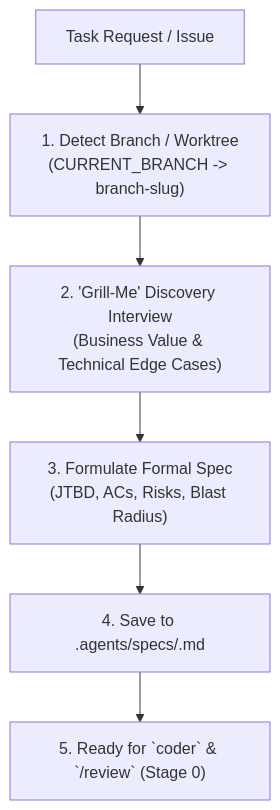
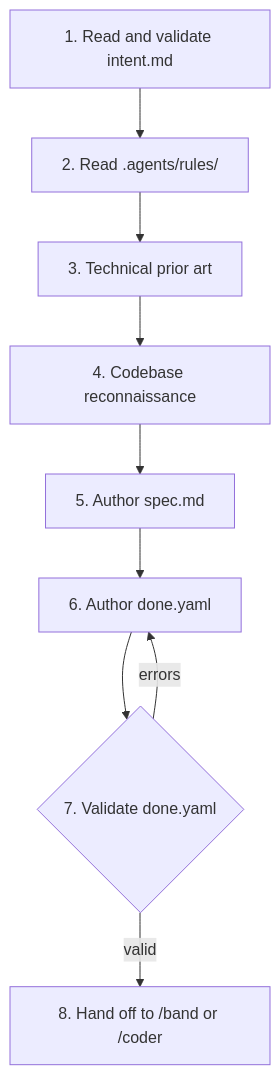
The diagram in .agents/skills/spec/SKILL.md (jiva-studio/shruti), drawn with Mermaid before and after one commit. The commit also changed other lines of this file and 5 other files, not shown here.

First line of the commit message:
feat(agents): adopt band's intent/spec/band/coder workflow and task artifacts

````diff
--- a/.agents/skills/spec/SKILL.md
+++ b/.agents/skills/spec/SKILL.md
@@ -10,8 +13,11 @@
 ```mermaid
 flowchart TD
-    Request["Task Request / Issue"] --> Detect["1. Detect Branch / Worktree\n(CURRENT_BRANCH -> branch-slug)"]
-    Detect --> Grill["2. 'Grill-Me' Discovery Interview\n(Business Value & Technical Edge Cases)"]
-    Grill --> Formulate["3. Formulate Formal Spec\n(JTBD, ACs, Risks, Blast Radius)"]
-    Formulate --> Write["4. Save to .agents/specs/<branch-slug>.md"]
-    Write --> HandOff["5. Ready for `coder` & `/review` (Stage 0)"]
+    ReadIntent["1. Read and validate intent.md"] --> Rules["2. Read .agents/rules/"]
+    Rules --> PriorArt["3. Technical prior art"]
+    PriorArt --> Recon["4. Codebase reconnaissance"]
+    Recon --> WriteSpec["5. Author spec.md"]
+    WriteSpec --> WriteDone["6. Author done.yaml"]
+    WriteDone --> Validate{"7. Validate done.yaml"}
+    Validate -->|"errors"| WriteDone
+    Validate -->|"valid"| Complete["8. Hand off to /band or /coder"]
 ```
````
